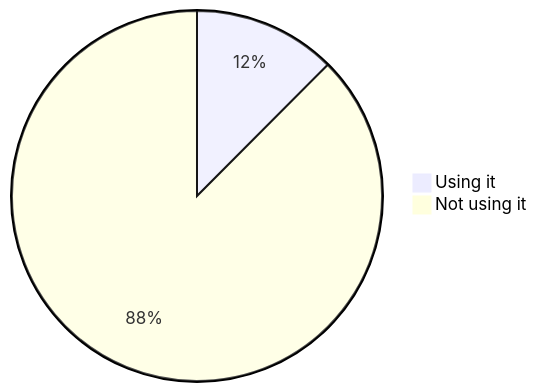
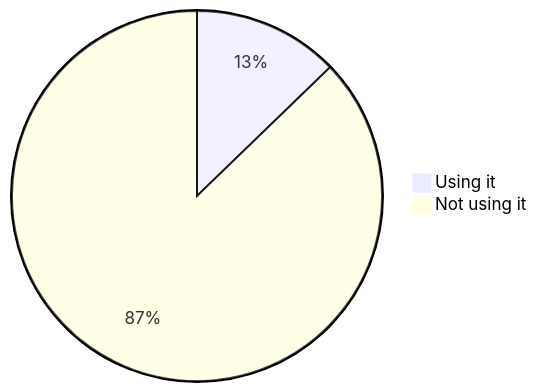
Diagram 13 of 22 in stats.md (oshp/oshp-stats), drawn with Mermaid before and after one commit. The commit also changed other lines of this file, not shown here.

````diff
--- a/stats.md
+++ b/stats.md
@@ -154,6 +154,6 @@
 ```mermaid
 pie
-	"Using it" : 12.47
-	"Not using it" : 87.53
+	"Using it" : 12.76
+	"Not using it" : 87.24
 
 ```
````
